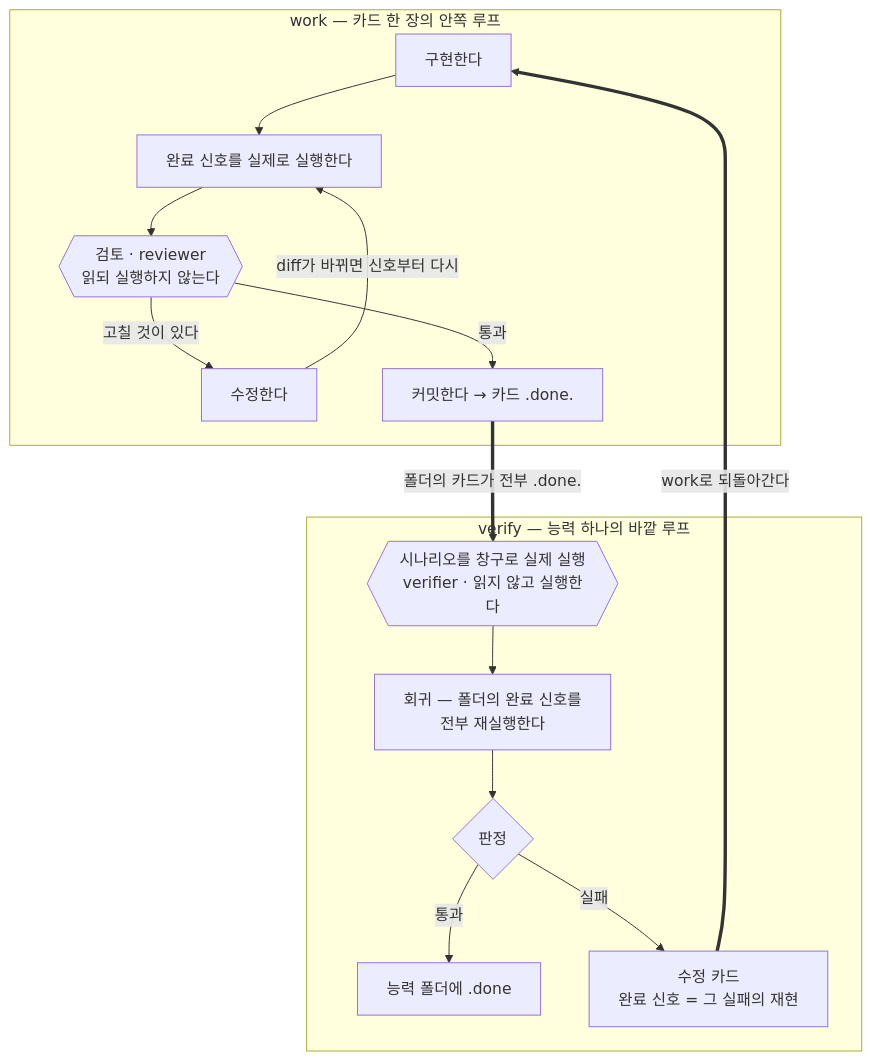
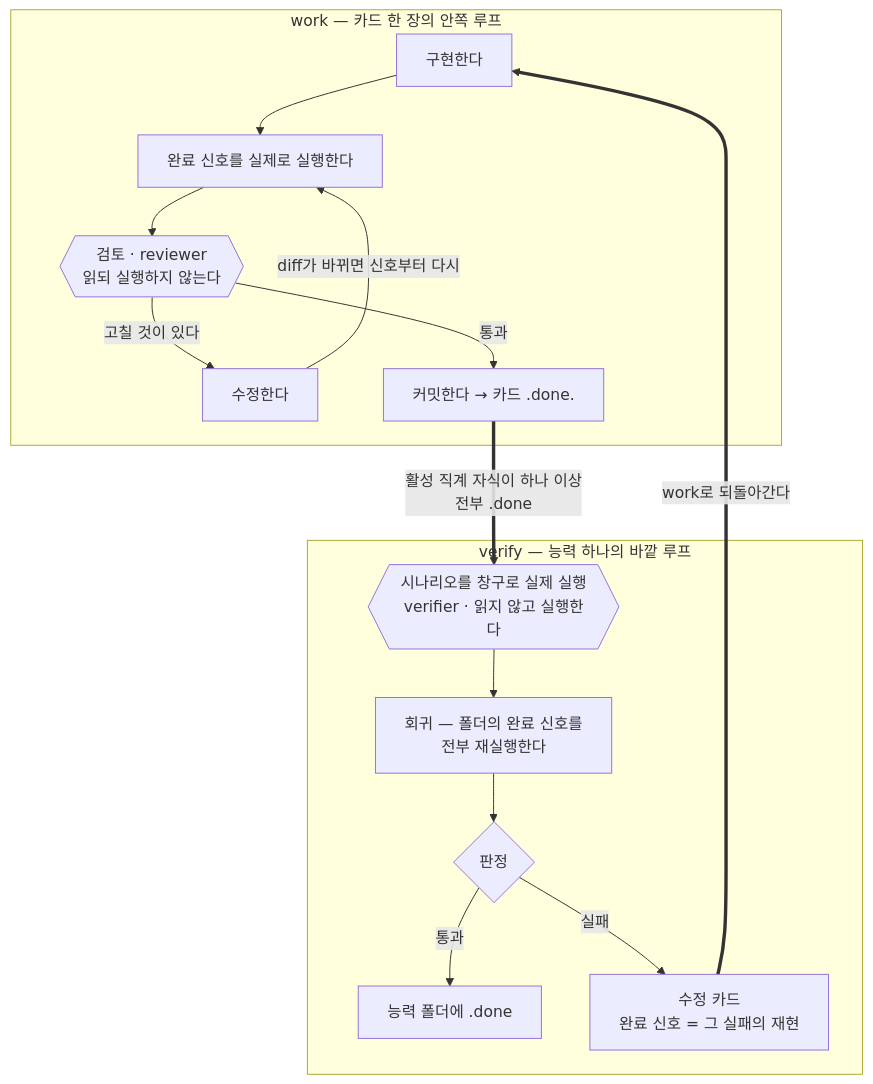
The third of 5 diagrams in README_ko.md (nanomia-ai/devflow), drawn with Mermaid before and after one commit. The commit also changed other lines of this file and 50 other files, not shown here.

````diff
--- a/README_ko.md
+++ b/README_ko.md
@@ -173,18 +193,18 @@
 ```mermaid
 flowchart TB
     subgraph W["work — 카드 한 장의 안쪽 루프"]
         I["구현한다"] --> CS["완료 신호를 실제로 실행한다"]
         CS --> RV{{"검토 · reviewer<br>읽되 실행하지 않는다"}}
         RV -->|"고칠 것이 있다"| FX["수정한다"]
         FX -->|"diff가 바뀌면 신호부터 다시"| CS
         RV -->|"통과"| CM["커밋한다 → 카드 .done."]
     end
     subgraph V["verify — 능력 하나의 바깥 루프"]
         SC{{"시나리오를 창구로 실제 실행<br>verifier · 읽지 않고 실행한다"}} --> RG["회귀 — 폴더의 완료 신호를<br>전부 재실행한다"]
         RG --> VD{"판정"}
         VD -->|"통과"| CD["능력 폴더에 .done"]
         VD -->|"실패"| FC["수정 카드<br>완료 신호 = 그 실패의 재현"]
     end
-    CM ==>|"폴더의 카드가 전부 .done."| SC
+    CM ==>|"활성 직계 자식이 하나 이상<br>전부 .done"| SC
     FC ==>|"work로 되돌아간다"| I
 ```
````
